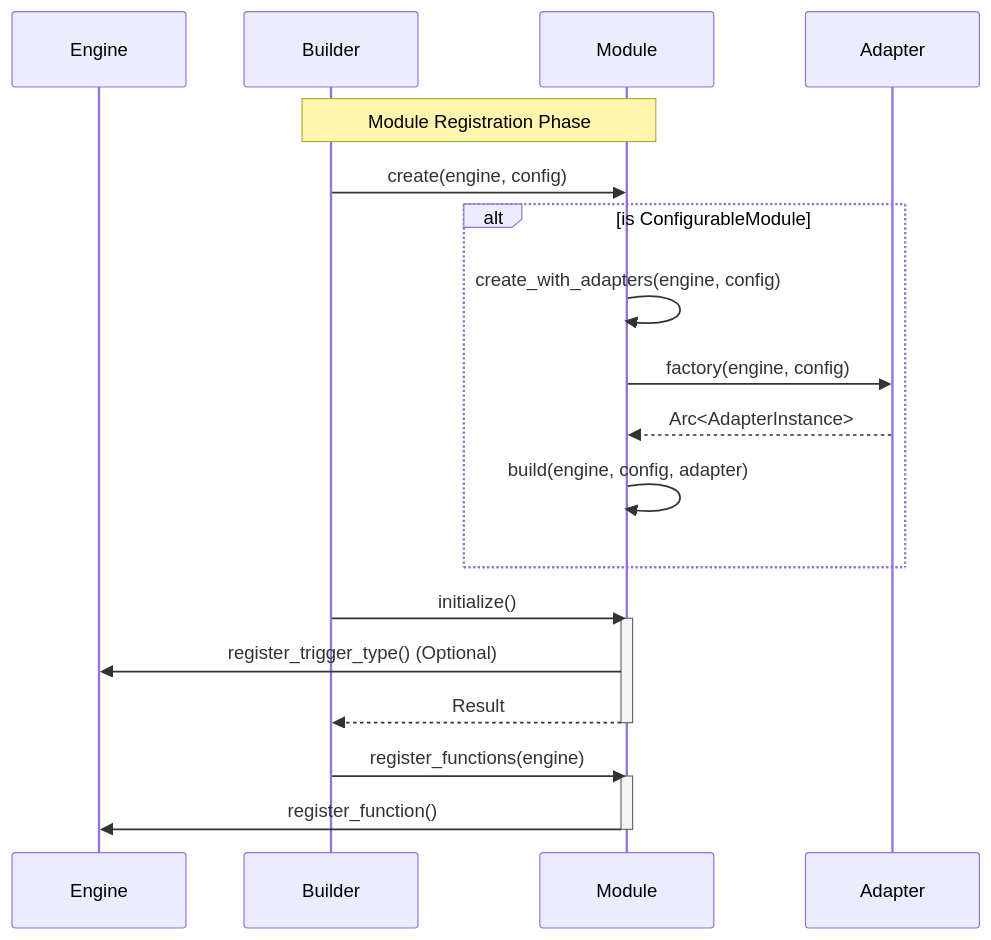
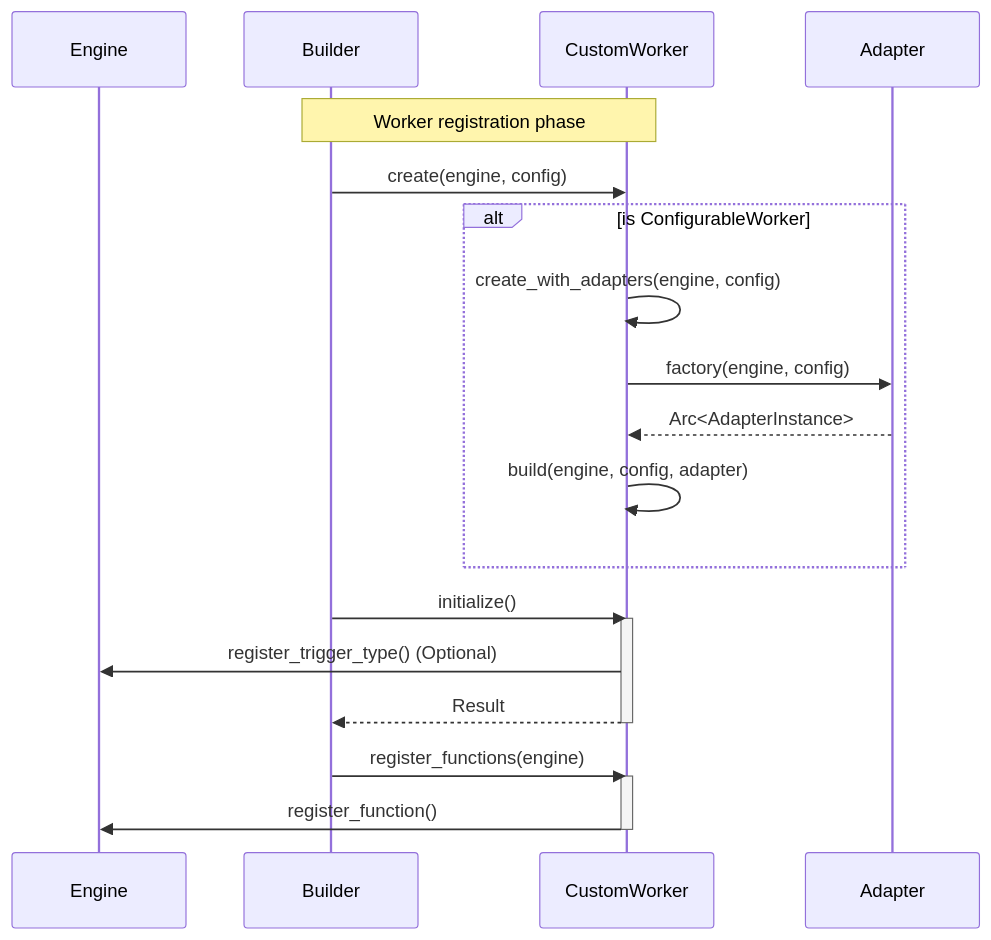
The second of 3 diagrams in docs/advanced/custom-modules.mdx (iii-hq/iii), drawn with Mermaid before and after one commit. The commit also changed other lines of this file and 13 other files, not shown here.

````diff
--- a/docs/advanced/custom-modules.mdx
+++ b/docs/advanced/custom-modules.mdx
@@ -41,28 +41,28 @@
 ```mermaid
 sequenceDiagram
     participant Engine
     participant Builder
-    participant Module
+    participant CustomWorker
     participant Adapter
 
-    Note over Builder, Module: Module Registration Phase
-    Builder->>Module: create(engine, config)
+    Note over Builder, CustomWorker: Worker registration phase
+    Builder->>CustomWorker: create(engine, config)
 
-    alt is ConfigurableModule
-        Module->>Module: create_with_adapters(engine, config)
-        Module->>Adapter: factory(engine, config)
-        Adapter-->>Module: Arc<AdapterInstance>
-        Module->>Module: build(engine, config, adapter)
+    alt is ConfigurableWorker
+        CustomWorker->>CustomWorker: create_with_adapters(engine, config)
+        CustomWorker->>Adapter: factory(engine, config)
+        Adapter-->>CustomWorker: Arc<AdapterInstance>
+        CustomWorker->>CustomWorker: build(engine, config, adapter)
     end
 
-    Builder->>Module: initialize()
-    activate Module
-    Module->>Engine: register_trigger_type() (Optional)
-    Module-->>Builder: Result
-    deactivate Module
+    Builder->>CustomWorker: initialize()
+    activate CustomWorker
+    CustomWorker->>Engine: register_trigger_type() (Optional)
+    CustomWorker-->>Builder: Result
+    deactivate CustomWorker
 
-    Builder->>Module: register_functions(engine)
-    activate Module
-    Module->>Engine: register_function()
-    deactivate Module
+    Builder->>CustomWorker: register_functions(engine)
+    activate CustomWorker
+    CustomWorker->>Engine: register_function()
+    deactivate CustomWorker
 ```
````
